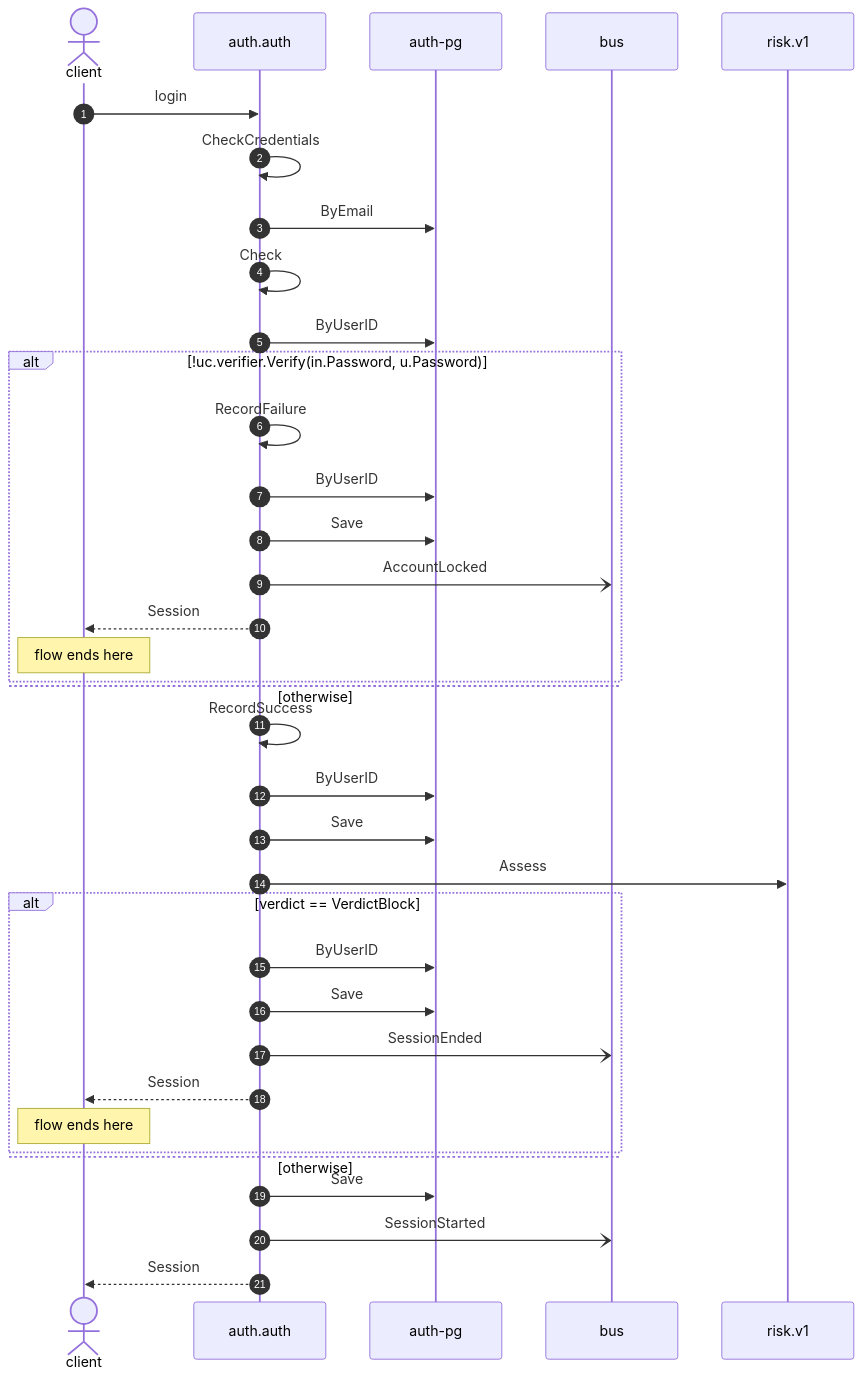
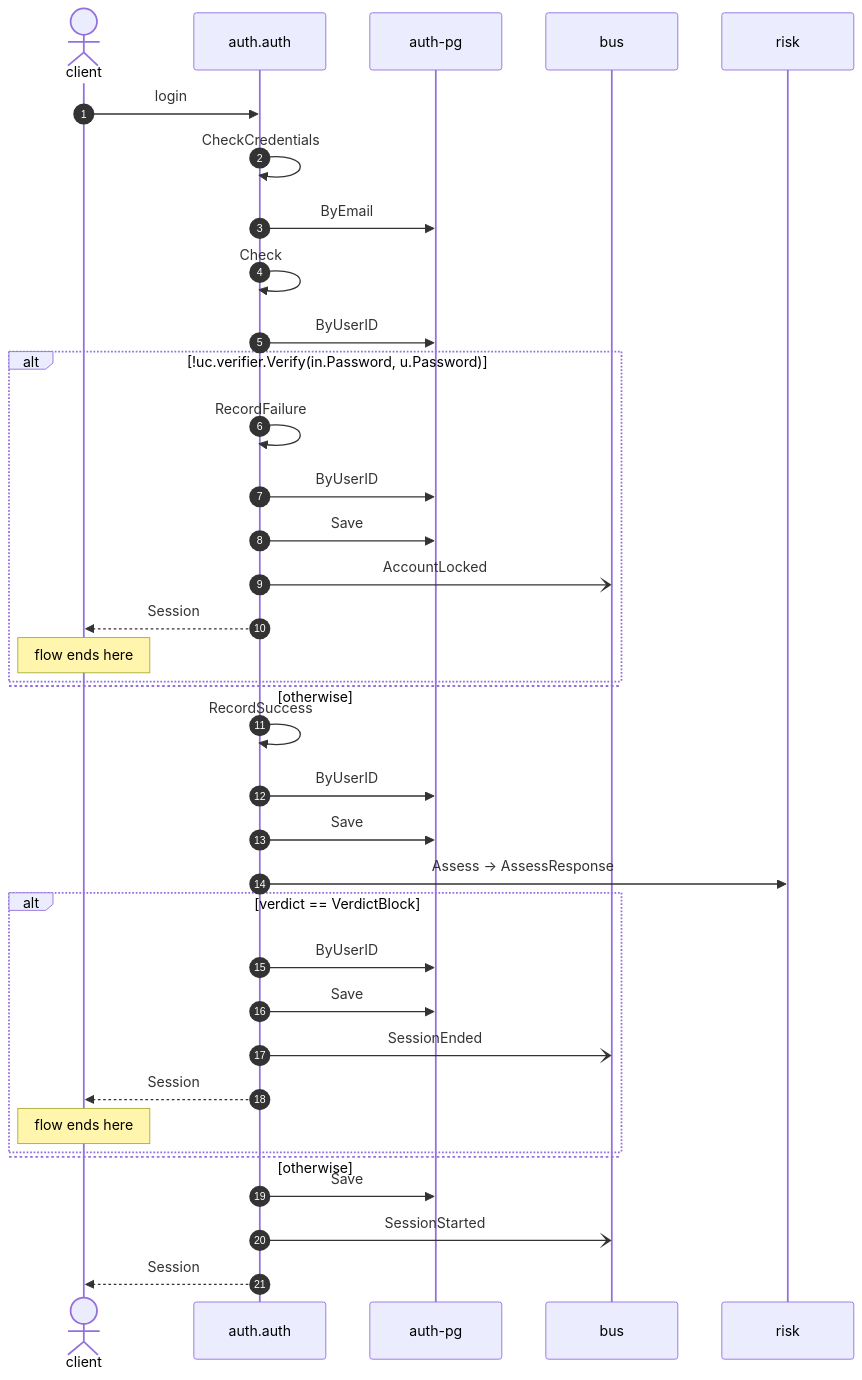
Before and after one commit to shortlink-org/portolan: the diagram in exports/mermaid/example/auth-login.mmd, drawn with Mermaid. The commit also changed 38 other files, not shown here.

First line of the commit message:
fix(rules): Argo CD's platform charts and app-of-apps are not unclaimed services

```diff
--- a/exports/mermaid/example/auth-login.mmd
+++ b/exports/mermaid/example/auth-login.mmd
@@ -1,36 +1,36 @@
 sequenceDiagram
     autonumber
     actor p0 as client
     participant p1 as auth.auth
     participant p2 as auth-pg
     participant p3 as bus
-    participant p4 as risk.v1
+    participant p4 as risk
     p0->>p1: login
     p1->>p1: CheckCredentials
     p1->>p2: ByEmail
     p1->>p1: Check
     p1->>p2: ByUserID
     alt !uc.verifier.Verify(in.Password, u.Password)
         p1->>p1: RecordFailure
         p1->>p2: ByUserID
         p1->>p2: Save
         p1-)p3: AccountLocked
         p1-->>p0: Session
         Note over p0: flow ends here
     else otherwise
     end
     p1->>p1: RecordSuccess
     p1->>p2: ByUserID
     p1->>p2: Save
-    p1->>p4: Assess
+    p1->>p4: Assess → AssessResponse
     alt verdict == VerdictBlock
         p1->>p2: ByUserID
         p1->>p2: Save
         p1-)p3: SessionEnded
         p1-->>p0: Session
         Note over p0: flow ends here
     else otherwise
     end
     p1->>p2: Save
     p1-)p3: SessionStarted
     p1-->>p0: Session
```
